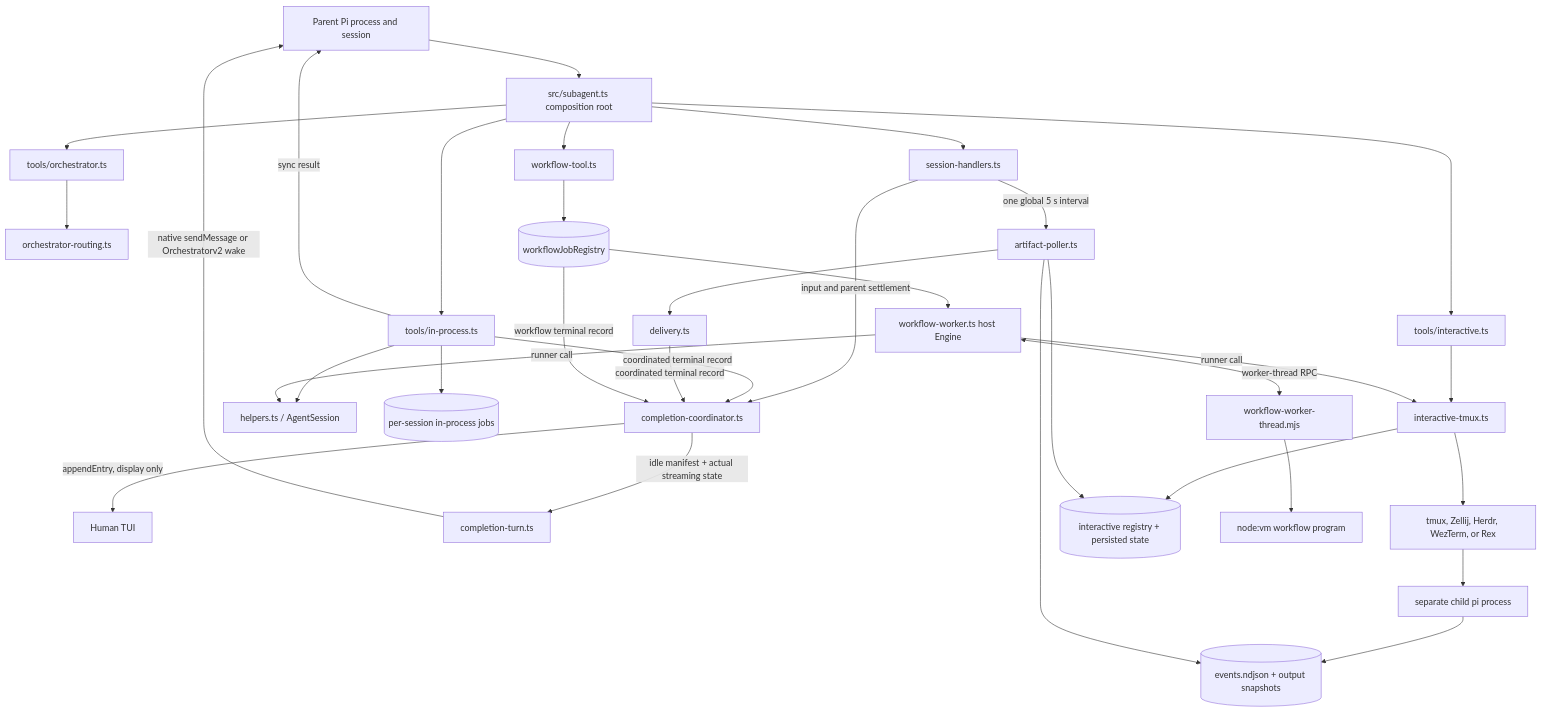
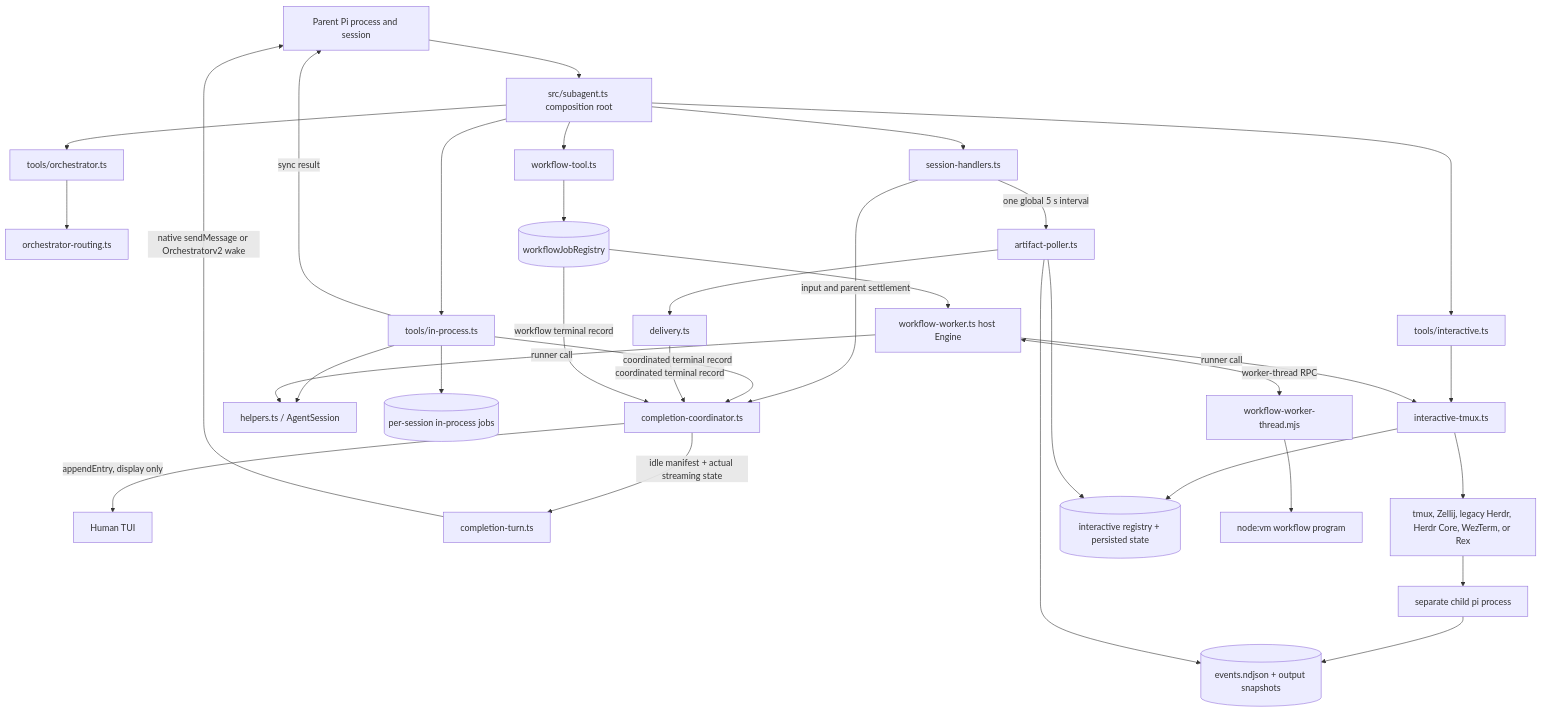
Before and after one commit to lmn451/pi-subagentura: the first of 8 diagrams in architecture.md, drawn with Mermaid. The commit also changed other lines of this file and 42 other files, not shown here.

First line of the commit message:
feat: add Herdr Core multiplexer support

````diff
--- a/architecture.md
+++ b/architecture.md
@@ -32,67 +33,67 @@
 ```mermaid
 flowchart TB
   Parent[Parent Pi process and session]
   Human[Human TUI]
   Root[src/subagent.ts composition root]
   Session[session-handlers.ts]
   Coordinator[completion-coordinator.ts]
   Turn[completion-turn.ts]
   RouteTools[tools/orchestrator.ts]
   Routing[orchestrator-routing.ts]
 
   InTools[tools/in-process.ts]
   InKernel[helpers.ts / AgentSession]
   InJobs[(per-session in-process jobs)]
 
   IntTools[tools/interactive.ts]
   IntKernel[interactive-tmux.ts]
-  Mux[tmux, Zellij, Herdr, WezTerm, or Rex]
+  Mux[tmux, Zellij, legacy Herdr, Herdr Core, WezTerm, or Rex]
   Child[separate child pi process]
   Artifacts[(events.ndjson + output snapshots)]
   IntJobs[(interactive registry + persisted state)]
   Poller[artifact-poller.ts]
   Delivery[delivery.ts]
 
   WfTools[workflow-tool.ts]
   WfJobs[(workflowJobRegistry)]
   Host[workflow-worker.ts host Engine]
   Worker[workflow-worker-thread.mjs]
   VM[node:vm workflow program]
 
   Parent --> Root
   Root --> Session
   Root --> InTools
   Root --> IntTools
   Root --> WfTools
   Root --> RouteTools
   RouteTools --> Routing
   Session -->|input and parent settlement| Coordinator
 
   InTools --> InKernel
   InTools --> InJobs
   InTools -->|coordinated terminal record| Coordinator
   InTools -->|sync result| Parent
 
   IntTools --> IntKernel
   IntKernel --> Mux
   Mux --> Child
   Child --> Artifacts
   IntKernel --> IntJobs
   Session -->|one global 5 s interval| Poller
   Poller --> Artifacts
   Poller --> IntJobs
   Poller --> Delivery
   Delivery -->|coordinated terminal record| Coordinator
 
   WfTools --> WfJobs
   WfJobs --> Host
   Host <-->|worker-thread RPC| Worker
   Worker --> VM
   Host -->|runner call| InKernel
   Host -->|runner call| IntKernel
   WfJobs -->|workflow terminal record| Coordinator
 
   Coordinator -->|appendEntry, display only| Human
   Coordinator -->|idle manifest + actual streaming state| Turn
   Turn -->|native sendMessage or Orchestratorv2 wake| Parent
 ```
````
